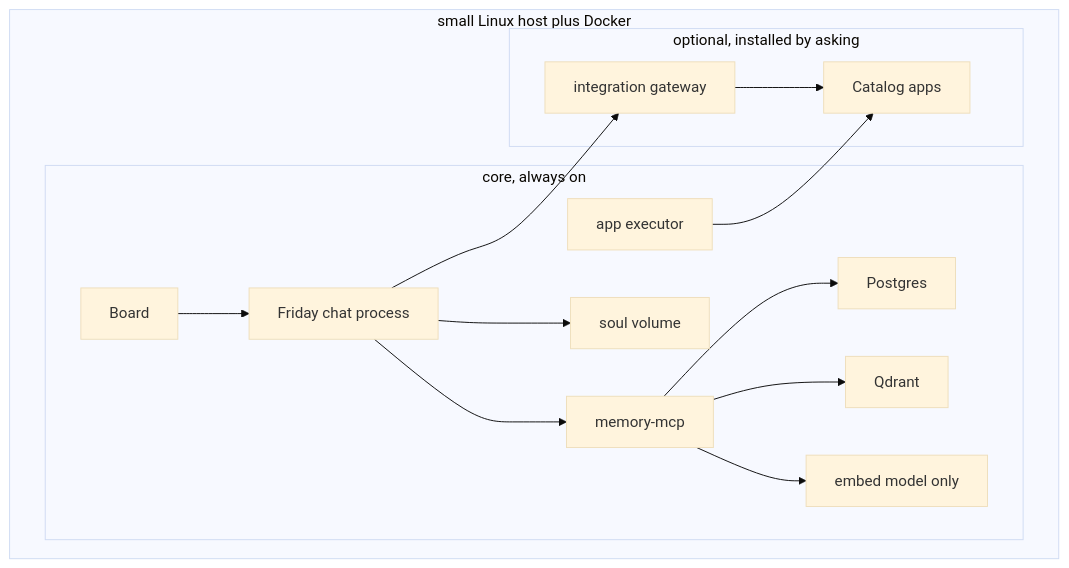
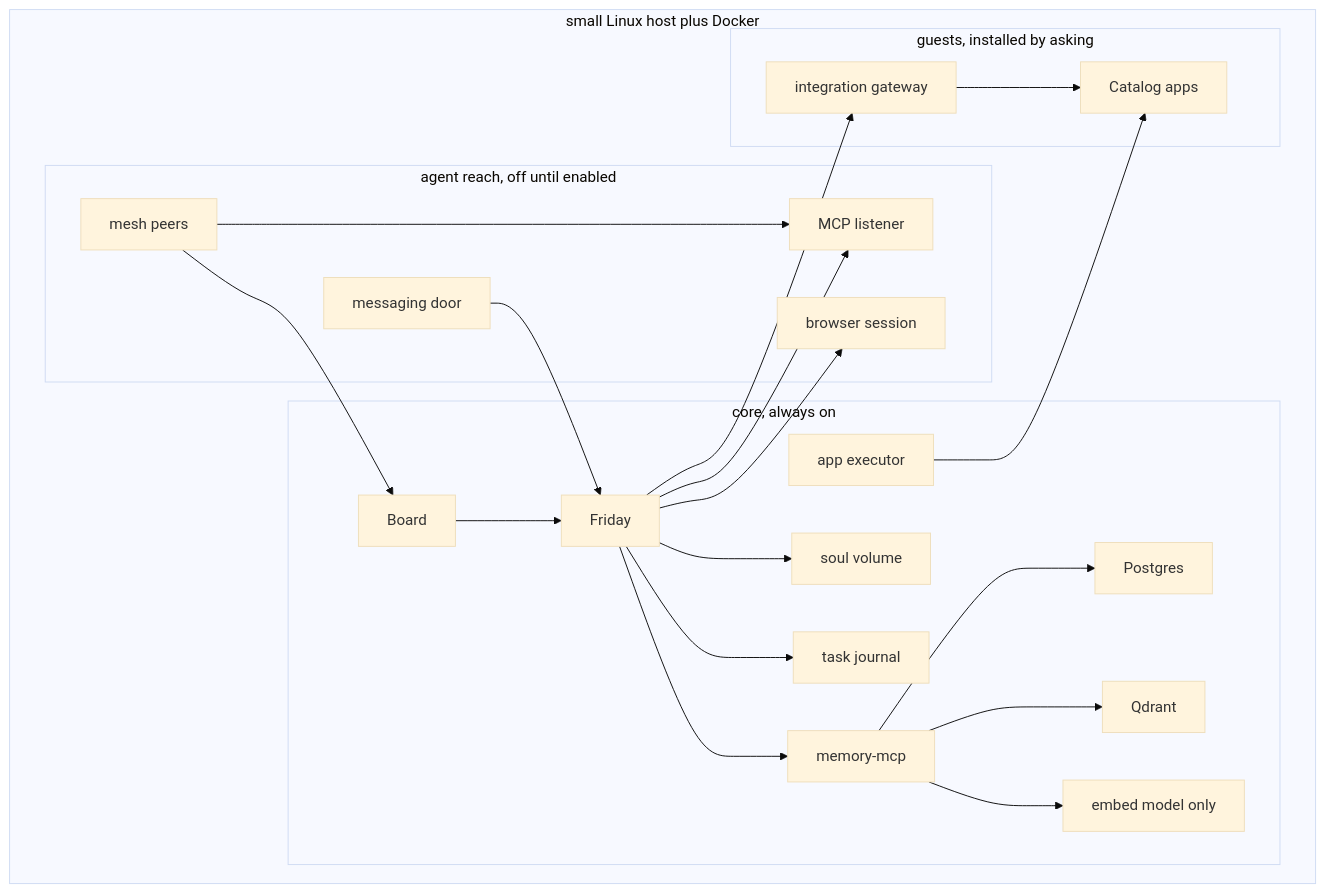
The diagram in docs/architecture.md (asikmydeen/friday-os-stack), drawn with Mermaid (base theme) before and after one commit. The commit also changed other lines of this file and 12 other files, not shown here.

First line of the commit message:
Record Friday as a local do-it-all agent.

````diff
--- a/docs/architecture.md
+++ b/docs/architecture.md
@@ -15,28 +16,41 @@
 ```mermaid
 flowchart TB
   subgraph host [small Linux host plus Docker]
     subgraph core [core, always on]
-      Friday[Friday chat process]
+      Friday[Friday]
       Board[Board]
+      Tasks[task journal]
       Qdrant[Qdrant]
       Embed[embed model only]
       Memory[memory-mcp]
       Pg[Postgres]
       Soul[soul volume]
       Exec[app executor]
     end
-    subgraph optional [optional, installed by asking]
+    subgraph reach [agent reach, off until enabled]
+      Door[messaging door]
+      Mesh[mesh peers]
+      Mcp[MCP listener]
+      Browser[browser session]
+    end
+    subgraph optional [guests, installed by asking]
       Gateway[integration gateway]
       Apps[Catalog apps]
     end
   end
   Friday --> Memory
   Memory --> Pg
   Memory --> Qdrant
   Memory --> Embed
   Friday --> Soul
+  Friday --> Tasks
   Board --> Friday
+  Door --> Friday
+  Mesh --> Board
+  Mesh --> Mcp
+  Friday --> Mcp
+  Friday --> Browser
   Friday --> Gateway
   Gateway --> Apps
   Exec --> Apps
 ```
````
